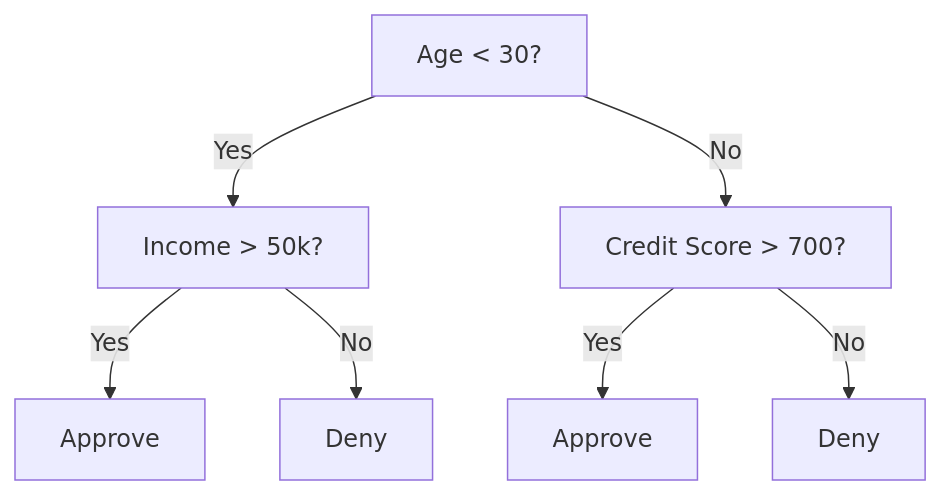
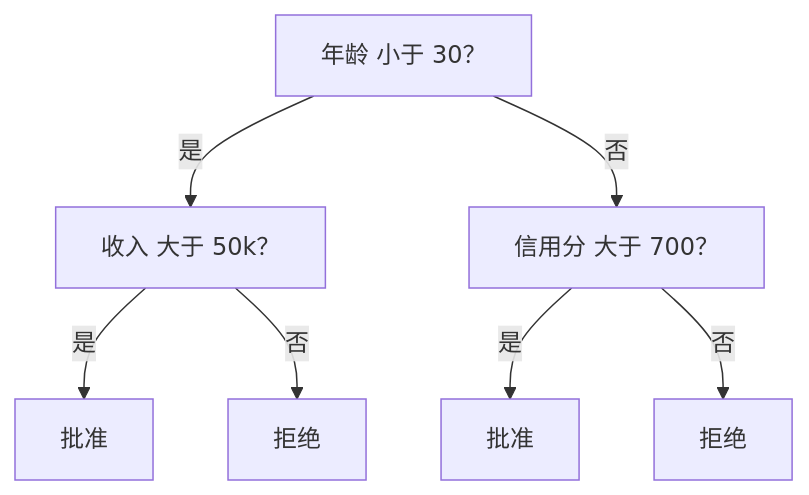
The first of 2 diagrams in phases/02-ml-fundamentals/04-decision-trees/docs/zh.md (JerryC8080/ai-engineering-from-scratch-zh), drawn with Mermaid before and after one commit. The commit also changed other lines of this file and 156 other files, not shown here.

First line of the commit message:
i18n(zh): translate mermaid diagram labels in 157 lesson zh.md

````diff
--- a/phases/02-ml-fundamentals/04-decision-trees/docs/zh.md
+++ b/phases/02-ml-fundamentals/04-decision-trees/docs/zh.md
@@ -33,9 +33,9 @@
 ```mermaid
 graph TD
-    A["Age < 30?"] -->|Yes| B["Income > 50k?"]
-    A -->|No| C["Credit Score > 700?"]
-    B -->|Yes| D["Approve"]
-    B -->|No| E["Deny"]
-    C -->|Yes| F["Approve"]
-    C -->|No| G["Deny"]
+    A["年龄 小于 30？"] -->|是| B["收入 大于 50k？"]
+    A -->|否| C["信用分 大于 700？"]
+    B -->|是| D["批准"]
+    B -->|否| E["拒绝"]
+    C -->|是| F["批准"]
+    C -->|否| G["拒绝"]
 ```
````
